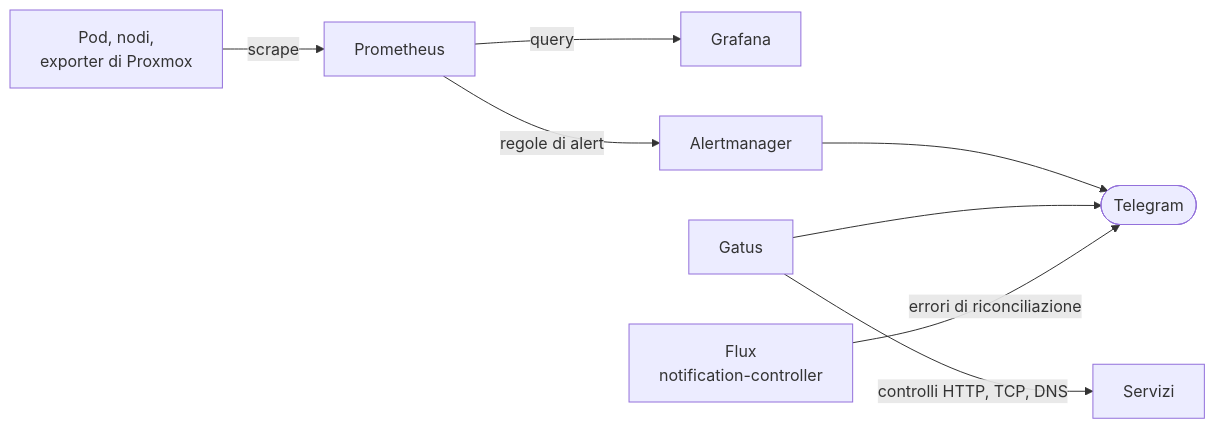
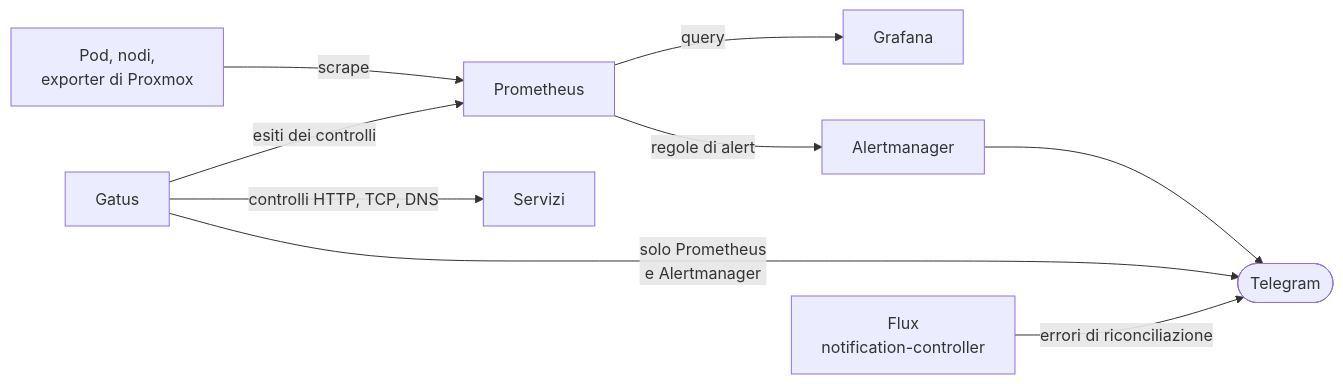
Before and after one commit to lucaam/k8s-iannamo: the diagram in docs/monitoring.it.md, drawn with Mermaid. The commit also changed other lines of this file and 14 other files, not shown here.

````diff
--- a/docs/monitoring.it.md
+++ b/docs/monitoring.it.md
@@ -3,11 +3,12 @@
 ```mermaid
 flowchart LR
     targets["Pod, nodi,<br/>exporter di Proxmox"] -->|scrape| prom["Prometheus"]
     prom -->|query| grafana["Grafana"]
     prom -->|"regole di alert"| am["Alertmanager"]
     gatus["Gatus"] -->|"controlli HTTP, TCP, DNS"| services["Servizi"]
+    gatus -->|"esiti dei controlli"| prom
     flux["Flux<br/>notification-controller"]
     am --> tg(["Telegram"])
-    gatus --> tg
+    gatus -->|"solo Prometheus<br/>e Alertmanager"| tg
     flux -->|"errori di riconciliazione"| tg
 ```
````
